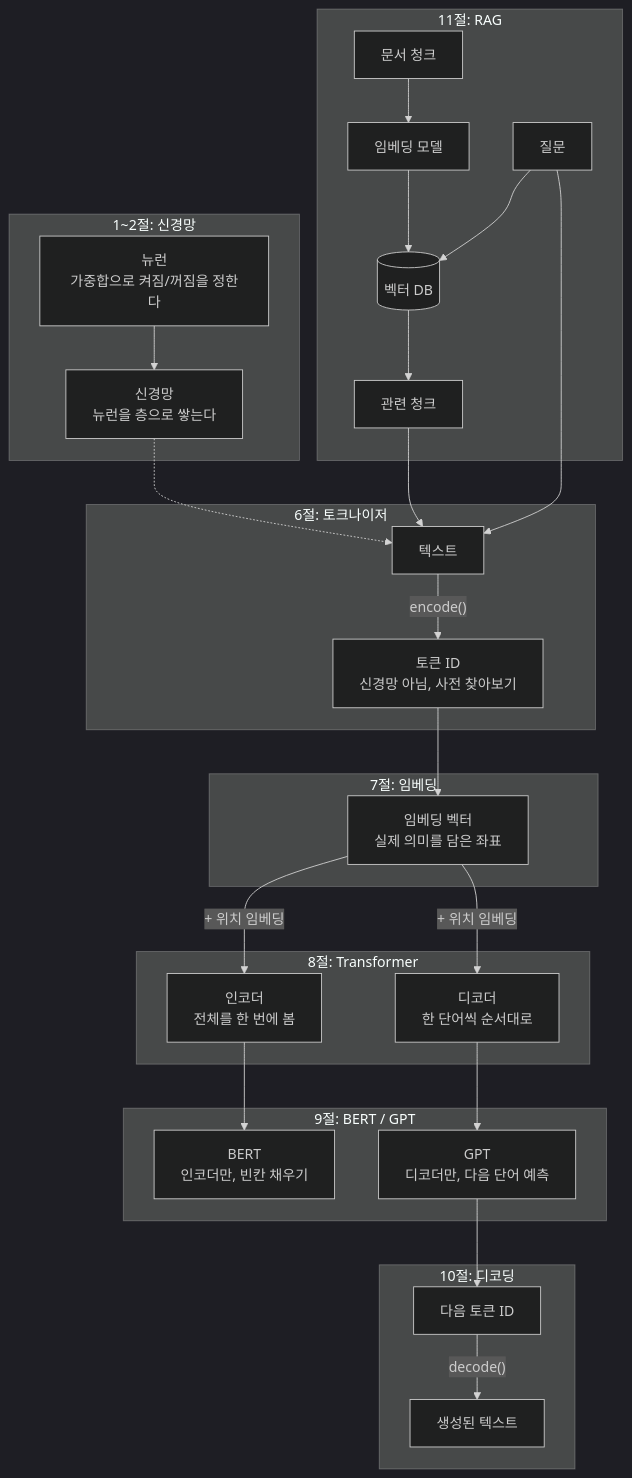
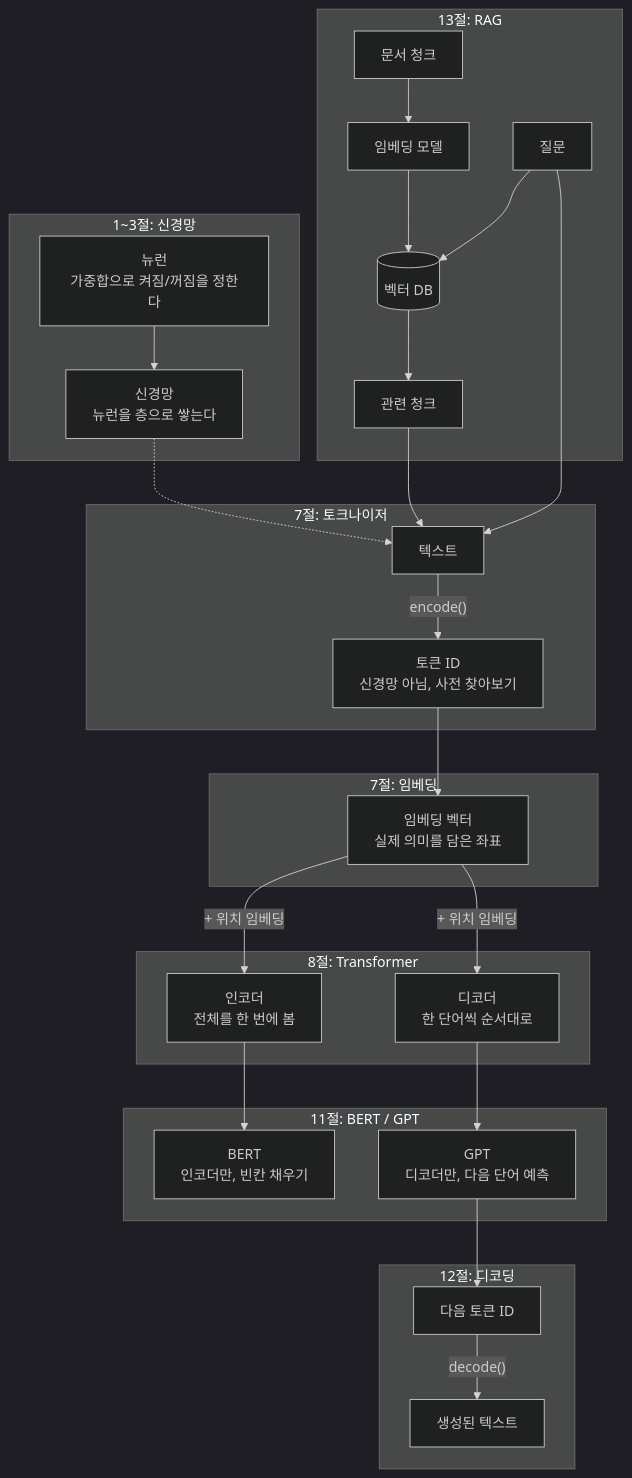
Before and after one commit to K-Diger/k-diger.github.io: the first of 6 diagrams in _posts/2026-09-02-perceptron-linear-separability-llm.md, drawn with Mermaid (dark theme). The commit also changed other lines of this file, not shown here.

````diff
--- a/_posts/2026-09-02-perceptron-linear-separability-llm.md
+++ b/_posts/2026-09-02-perceptron-linear-separability-llm.md
@@ -51,51 +53,51 @@
 ```mermaid
 flowchart TB
-    subgraph S6["11절: RAG"]
+    subgraph S6["13절: RAG"]
         RDOC["문서 청크"] --> REMB["임베딩 모델"]
         REMB --> RDB[("벡터 DB")]
         RQ["질문"] --> RDB
         RDB --> RCTX["관련 청크"]
     end
 
-    subgraph S0["1~2절: 신경망"]
+    subgraph S0["1~3절: 신경망"]
         N["뉴런<br/>가중합으로 켜짐/꺼짐을 정한다"]
         NN["신경망<br/>뉴런을 층으로 쌓는다"]
         N --> NN
     end
 
-    subgraph S1["6절: 토크나이저"]
+    subgraph S1["7절: 토크나이저"]
         TXT["텍스트"]
         TID["토큰 ID<br/>신경망 아님, 사전 찾아보기"]
         TXT -- "encode()" --> TID
     end
 
     subgraph S2["7절: 임베딩"]
         VEC["임베딩 벡터<br/>실제 의미를 담은 좌표"]
     end
 
     subgraph S3["8절: Transformer"]
         ENC["인코더<br/>전체를 한 번에 봄"]
         DEC["디코더<br/>한 단어씩 순서대로"]
     end
 
-    subgraph S4["9절: BERT / GPT"]
+    subgraph S4["11절: BERT / GPT"]
         BERT["BERT<br/>인코더만, 빈칸 채우기"]
         GPT["GPT<br/>디코더만, 다음 단어 예측"]
     end
 
-    subgraph S5["10절: 디코딩"]
+    subgraph S5["12절: 디코딩"]
         NEXT["다음 토큰 ID"]
         OUT["생성된 텍스트"]
         NEXT -- "decode()" --> OUT
     end
 
     RQ --> TXT
     RCTX --> TXT
     NN -.-> TXT
     TID --> VEC
     VEC -- "+ 위치 임베딩" --> ENC
     VEC -- "+ 위치 임베딩" --> DEC
     ENC --> BERT
     DEC --> GPT
     GPT --> NEXT
 ```
````
